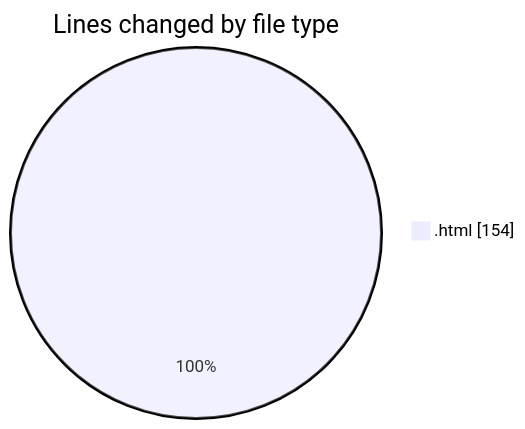
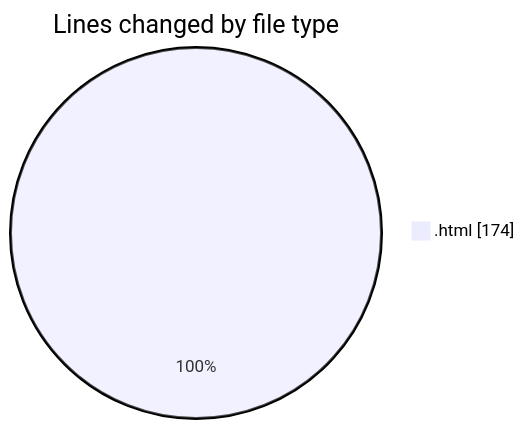
One commit to IJAZ3593/code-tracking changed the first of 2 diagrams in 2025-09-04/tailwind/README.md. Above: the diagram before and after it, drawn with Mermaid. The commit also changed other lines of this file and 1 other file, not shown here.

````diff
--- a/2025-09-04/tailwind/README.md
+++ b/2025-09-04/tailwind/README.md
@@ -23,5 +23,5 @@
 ```mermaid
 pie showData
 title Lines changed by file type
-".html" : 154
+".html" : 174
 ```
````
